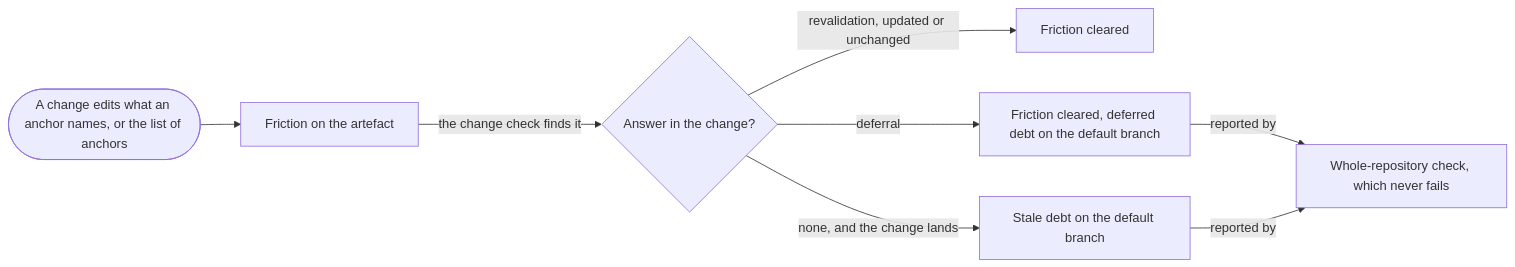
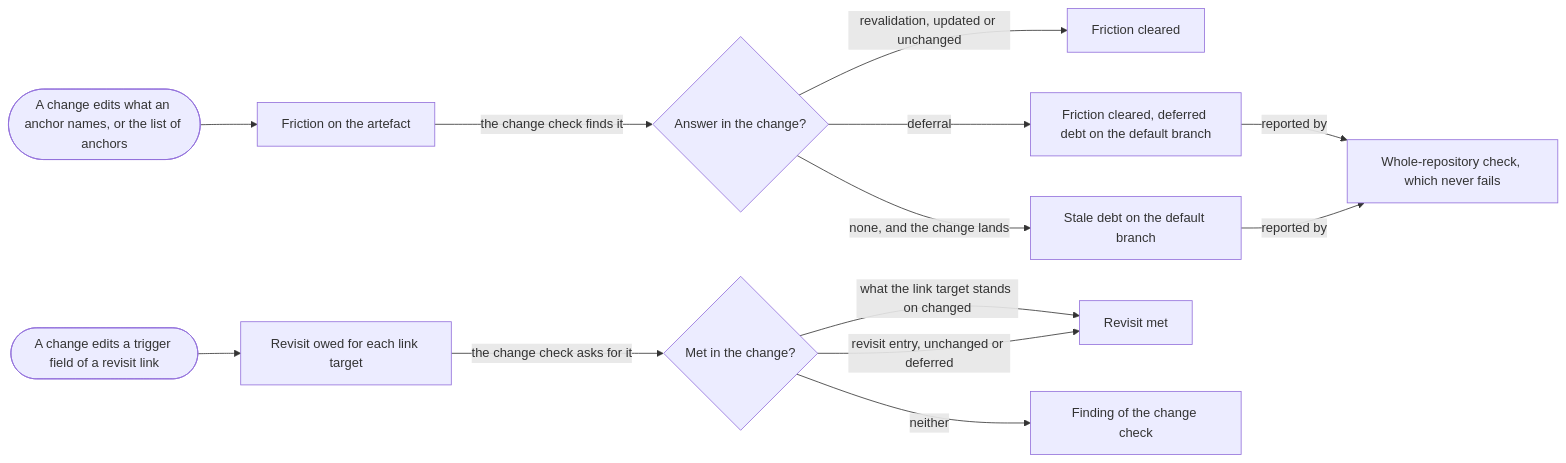
Before and after one commit to aleskalfas/project-kit: the second of 3 diagrams in tech-docs/analysis/core/domain-model/070-artefacts-and-friction.md, drawn with Mermaid. The commit also changed other lines of this file and 1 other file, not shown here.

First line of the commit message:
docs(analysis): the core's glossary defines revisit, revisit link, link target and trigger field

````diff
--- a/tech-docs/analysis/core/domain-model/070-artefacts-and-friction.md
+++ b/tech-docs/analysis/core/domain-model/070-artefacts-and-friction.md
@@ -105,12 +126,17 @@
 ```mermaid
 flowchart LR
-  accTitle: How an edit leaves an artefact behind, and how it is answered
-  accDescr: A change edits what an anchor names, or an artefact's list of anchors, and the artefact has friction. The change check finds it. A revalidation in the change, updated or unchanged, clears the friction. A deferral clears it too, and leaves deferred debt on the default branch. Friction nobody answered stays on the default branch as stale debt. The whole-repository check reports both kinds of debt, and never fails.
+  accTitle: How an edit leaves an artefact or a link target behind, and how each is answered
+  accDescr: A change edits what an anchor names, or an artefact's list of anchors, and the artefact has friction. The change check finds it. A revalidation in the change, updated or unchanged, clears the friction. A deferral clears it too, and leaves deferred debt on the default branch. Friction nobody answered stays on the default branch as stale debt. The whole-repository check reports both kinds of debt, and never fails. A change that edits a trigger field owes a revisit of each link target, which the change check asks for. A change to what the link target stands on, or a revisit entry, unchanged or deferred, meets it. Otherwise it is a finding of the change check.
   E([A change edits what an anchor names, or the list of anchors]) --> F[Friction on the artefact]
   F -->|the change check finds it| A{Answer in the change?}
   A -->|revalidation, updated or unchanged| CL[Friction cleared]
   A -->|deferral| DF["Friction cleared, deferred debt on the default branch"]
   A -->|none, and the change lands| SD[Stale debt on the default branch]
   DF -->|reported by| W["Whole-repository check, which never fails"]
   SD -->|reported by| W
+  T([A change edits a trigger field of a revisit link]) --> RO[Revisit owed for each link target]
+  RO -->|the change check asks for it| M{Met in the change?}
+  M -->|what the link target stands on changed| RM[Revisit met]
+  M -->|revisit entry, unchanged or deferred| RM
+  M -->|neither| RF[Finding of the change check]
 ```
````
